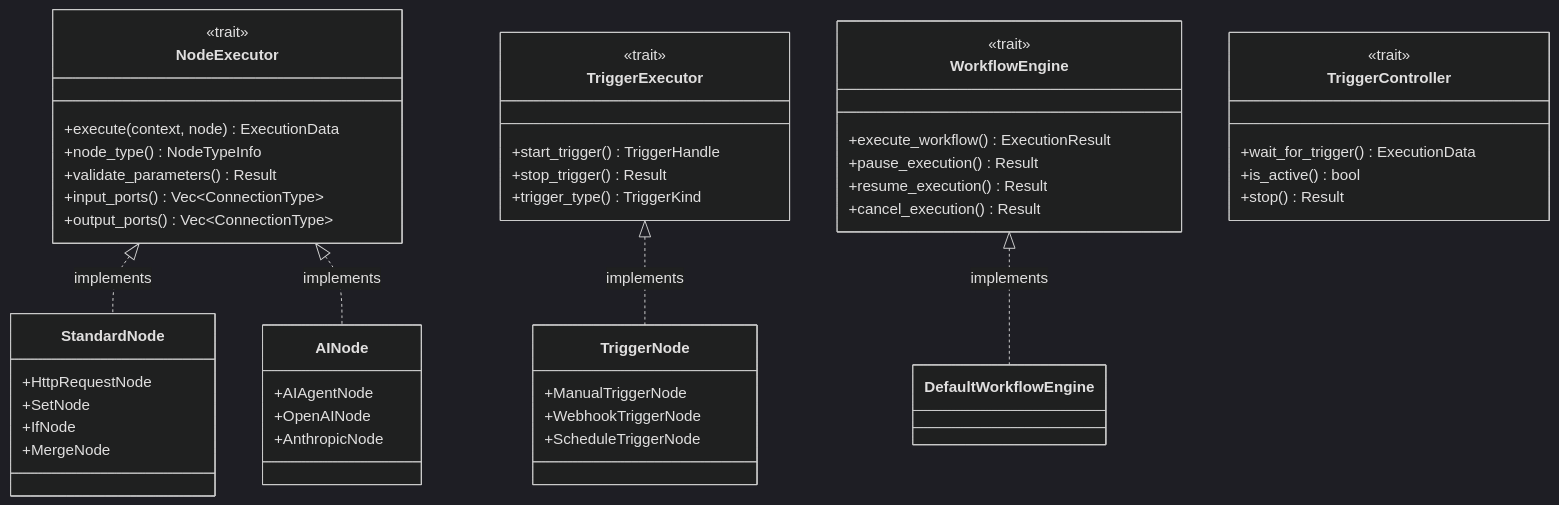
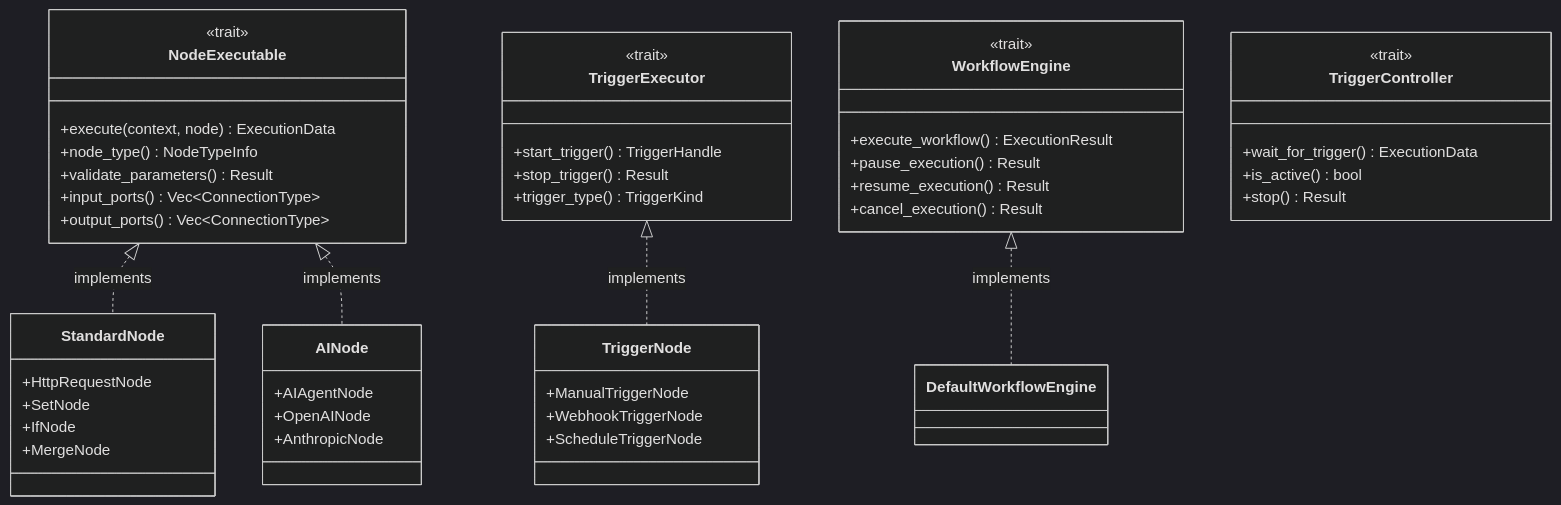
Before and after one commit to fusion-data/fusion-data: the second of 2 diagrams in hetumind/hetumind-docs/src/design/02-core-types.md, drawn with Mermaid (dark theme). The commit also changed other lines of this file and 420 other files, not shown here.

````diff
--- a/hetumind/hetumind-docs/src/design/02-core-types.md
+++ b/hetumind/hetumind-docs/src/design/02-core-types.md
@@ -214,57 +214,57 @@
 ```mermaid
 classDiagram
-    class NodeExecutor {
+    class NodeExecutable {
         <<trait>>
         +execute(context, node) ExecutionData
         +node_type() NodeTypeInfo
         +validate_parameters() Result
         +input_ports() Vec~ConnectionType~
         +output_ports() Vec~ConnectionType~
     }
 
     class TriggerExecutor {
         <<trait>>
         +start_trigger() TriggerHandle
         +stop_trigger() Result
         +trigger_type() TriggerKind
     }
 
     class WorkflowEngine {
         <<trait>>
         +execute_workflow() ExecutionResult
         +pause_execution() Result
         +resume_execution() Result
         +cancel_execution() Result
     }
 
     class TriggerController {
         <<trait>>
         +wait_for_trigger() ExecutionData
         +is_active() bool
         +stop() Result
     }
 
     class StandardNode {
         +HttpRequestNode
         +SetNode
         +IfNode
         +MergeNode
     }
 
     class TriggerNode {
         +ManualTriggerNode
         +WebhookTriggerNode
         +ScheduleTriggerNode
     }
 
     class AINode {
         +AIAgentNode
         +OpenAINode
         +AnthropicNode
     }
 
-    NodeExecutor <|.. StandardNode : implements
-    NodeExecutor <|.. AINode : implements
+    NodeExecutable <|.. StandardNode : implements
+    NodeExecutable <|.. AINode : implements
     TriggerExecutor <|.. TriggerNode : implements
     WorkflowEngine <|.. DefaultWorkflowEngine : implements
 ```
````
